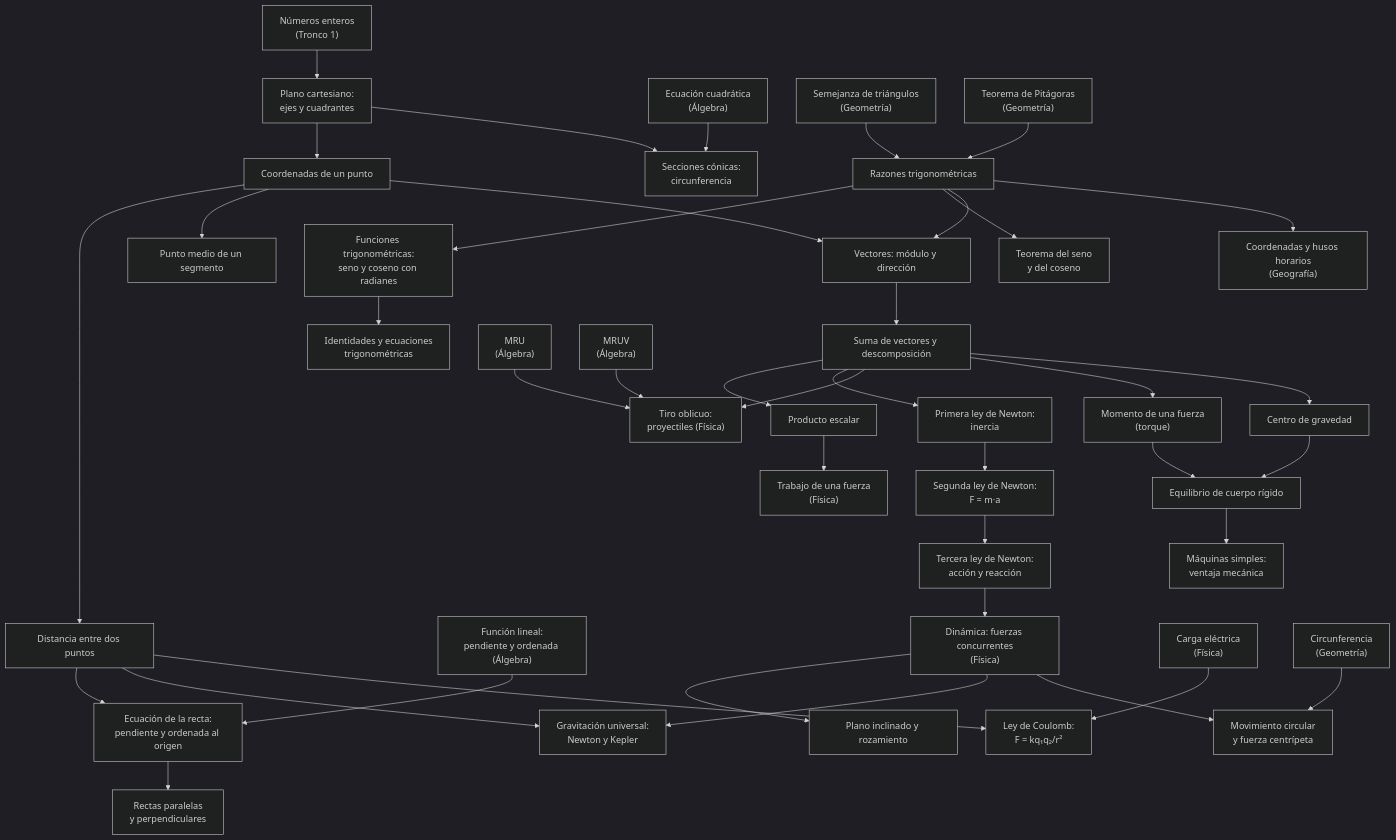
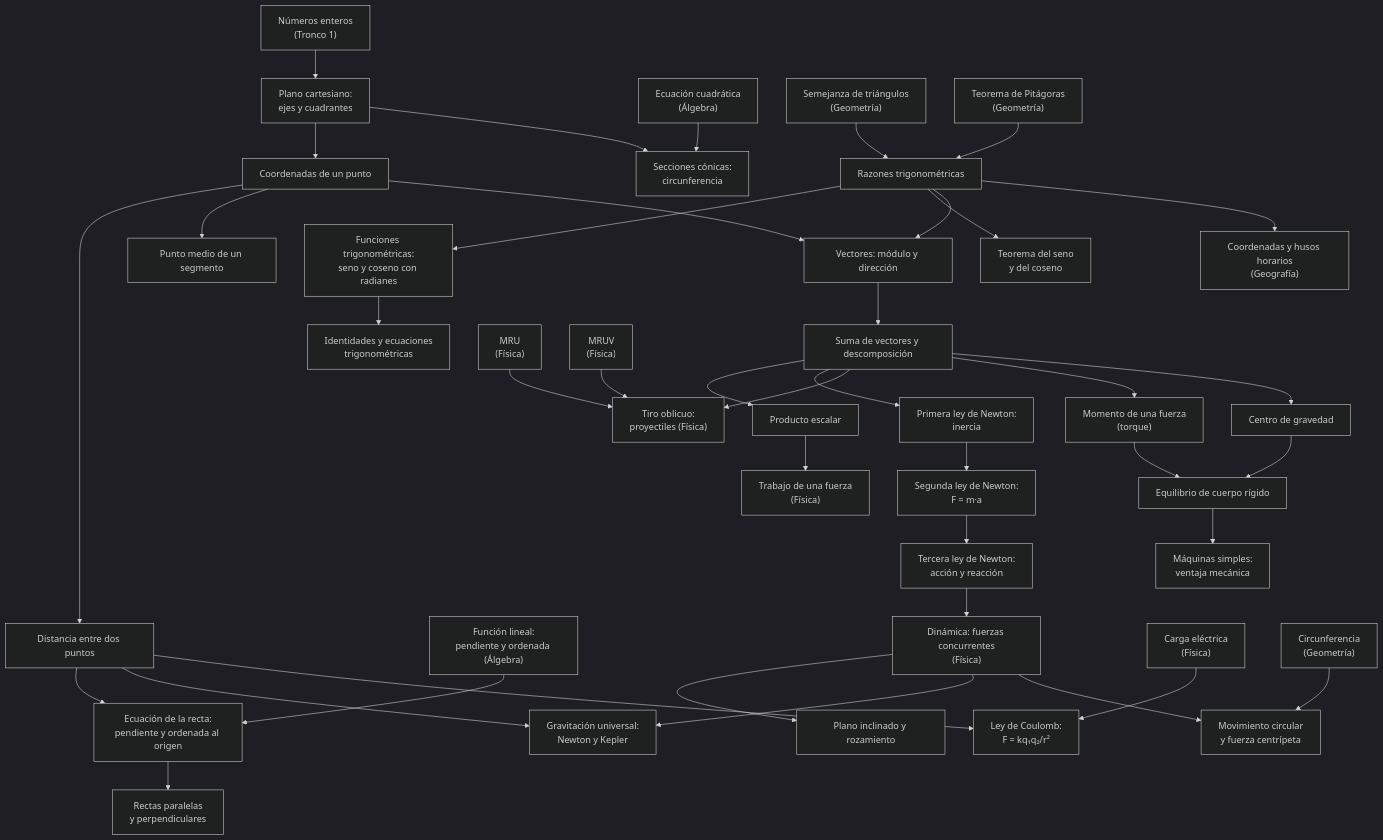
The fourth of 53 diagrams in content/troncos.md (BOTC3PO/Proyecto_final), drawn with Mermaid (dark theme) before and after one commit. The commit also changed 1 other file, not shown here.

Commit message:
fix(troncos): corrige materia mal etiquetada en F2P/F3P (MRU/MRUV)
F2P (MRU) y F3P (MRUV) son conceptos de cinemática — inequívocamente
Física, nunca Álgebra. Estaban etiquetados '(Álgebra)' en la referencia
cruzada dentro del grafo de Geometría/Matemática (única definición de
F3P en todo el archivo), mientras que la referencia de F2P dentro de
Oficios sí decía correctamente '(Física)'. Encontrado auditando
consistencia del mapa maestro: cada nodo con label definido más de una
vez en distintos diagramas mermaid, buscando conflictos de materia
(no sólo de formato).

Agrega también content/material/_qa_tools/batch_validate_all.ts —
generaliza el validador de idiomas a todo content/material/ (corre
parse→lint→compile→generate con 5 seeds sobre cada cuestionario.md
del proyecto, no sólo idiomas-extranjeros), para encontrar 'problemas
de datos' reales en vez de leer el docx de preview a ojo.

````diff
--- a/content/troncos.md
+++ b/content/troncos.md
@@ -694,45 +694,45 @@
 ```mermaid
 graph TD
   NE1P["Números enteros<br/>(Tronco 1)"] --> GA1["Plano cartesiano:<br/>ejes y cuadrantes"]
   GA1 --> GA2["Coordenadas de un punto"]
   GA2 --> GA3["Distancia entre dos puntos"]
   GA2 --> GA4["Punto medio de un segmento"]
   GA3 --> GA5["Ecuación de la recta:<br/>pendiente y ordenada al origen"]
   A9P["Función lineal:<br/>pendiente y ordenada (Álgebra)"] --> GA5
   GA5 --> GA6["Rectas paralelas<br/>y perpendiculares"]
   GA1 --> GA7["Secciones cónicas:<br/>circunferencia"]
   A7P["Ecuación cuadrática<br/>(Álgebra)"] --> GA7
 
   GO4P["Semejanza de triángulos<br/>(Geometría)"] --> M7["Razones trigonométricas"]
   M6P["Teorema de Pitágoras<br/>(Geometría)"] --> M7
   M7 --> TRIG1["Funciones trigonométricas:<br/>seno y coseno con radianes"]
   TRIG1 --> TRIG3["Identidades y ecuaciones<br/>trigonométricas"]
   M7 --> TRIG2["Teorema del seno<br/>y del coseno"]
   M7 --> M8["Vectores: módulo y dirección"]
   GA2 --> M8
   M8 --> M9["Suma de vectores y descomposición"]
   M9 --> M10["Producto escalar"]
 
   M9 --> NEWTON1a["Primera ley de Newton:<br/>inercia"]
   NEWTON1a --> NEWTON1b["Segunda ley de Newton:<br/>F = m·a"]
   NEWTON1b --> NEWTON1c["Tercera ley de Newton:<br/>acción y reacción"]
   NEWTON1c --> F5["Dinámica: fuerzas concurrentes<br/>(Física)"]
   F5 --> F6["Plano inclinado y rozamiento"]
   M10 --> F7["Trabajo de una fuerza<br/>(Física)"]
   M7 --> G1["Coordenadas y husos horarios<br/>(Geografía)"]
 
-  F2P["MRU<br/>(Álgebra)"] --> F10["Tiro oblicuo:<br/>proyectiles (Física)"]
-  F3P["MRUV<br/>(Álgebra)"] --> F10
+  F2P["MRU<br/>(Física)"] --> F10["Tiro oblicuo:<br/>proyectiles (Física)"]
+  F3P["MRUV<br/>(Física)"] --> F10
   M9 --> F10
   F5 --> F11["Gravitación universal:<br/>Newton y Kepler"]
   GA3 --> F11
   FIS1P["Carga eléctrica<br/>(Física)"] --> F12["Ley de Coulomb:<br/>F = kq₁q₂/r²"]
   GA3 --> F12
   F5 --> F13["Movimiento circular<br/>y fuerza centrípeta"]
   GO6P["Circunferencia<br/>(Geometría)"] --> F13
   M9 --> EST1a["Momento de una fuerza<br/>(torque)"]
   M9 --> EST1b["Centro de gravedad"]
   EST1a --> EST1c["Equilibrio de cuerpo rígido"]
   EST1b --> EST1c
   EST1c --> F14["Máquinas simples:<br/>ventaja mecánica"]
 ```
````
